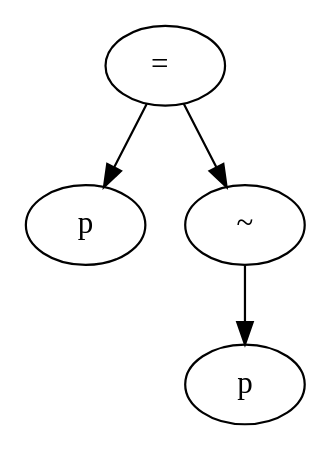
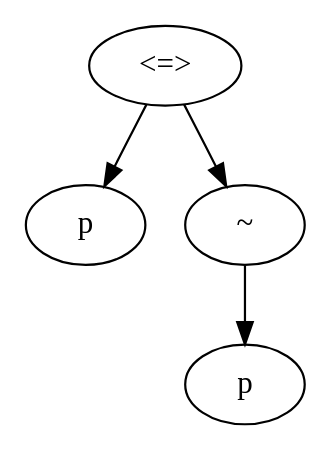
One commit to LeivaDiego/Poyecto-1-LEX-y-YACC changed the diagram in Proyecto1/Proyecto1/syntax_tree5.gv. Above: the diagram before and after it, drawn with Graphviz. The commit also changed 9 other files, not shown here.

```diff
--- a/Proyecto1/Proyecto1/syntax_tree5.gv
+++ b/Proyecto1/Proyecto1/syntax_tree5.gv
@@ -1,9 +1,9 @@
 digraph {
-	1614736759056 [label=<=>]
-	1614736765776 [label=p]
-	1614736759056 -> 1614736765776
-	1614736758032 [label="~"]
-	1614736759056 -> 1614736758032
-	1614736765904 [label=p]
-	1614736758032 -> 1614736765904
+	1650221043920 [label="\<=>"]
+	1650221046160 [label=p]
+	1650221043920 -> 1650221046160
+	1650221042064 [label="~"]
+	1650221043920 -> 1650221042064
+	1650221046544 [label=p]
+	1650221042064 -> 1650221046544
 }
```
